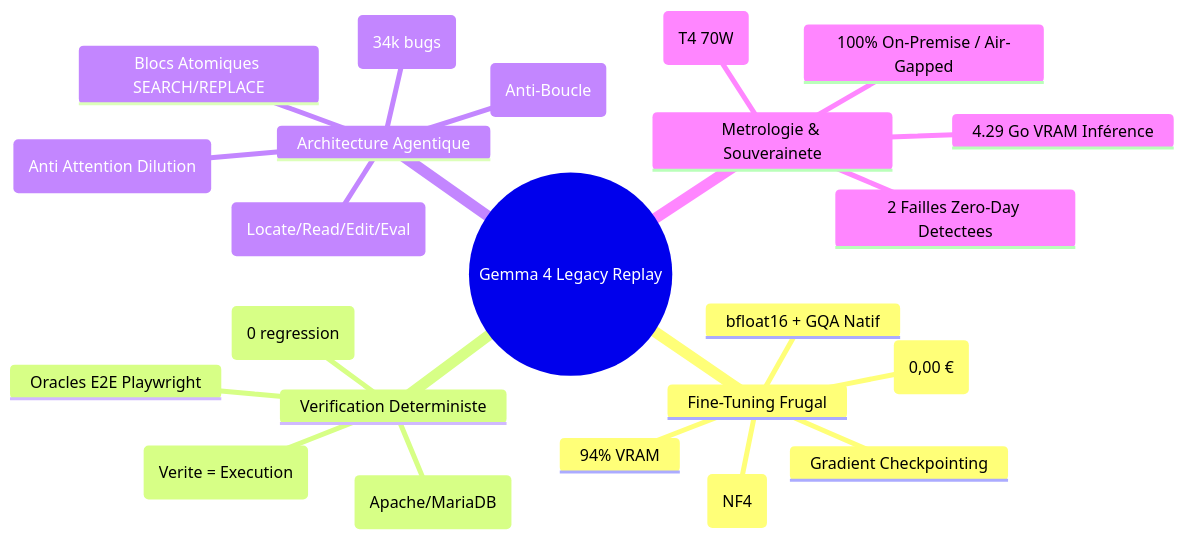
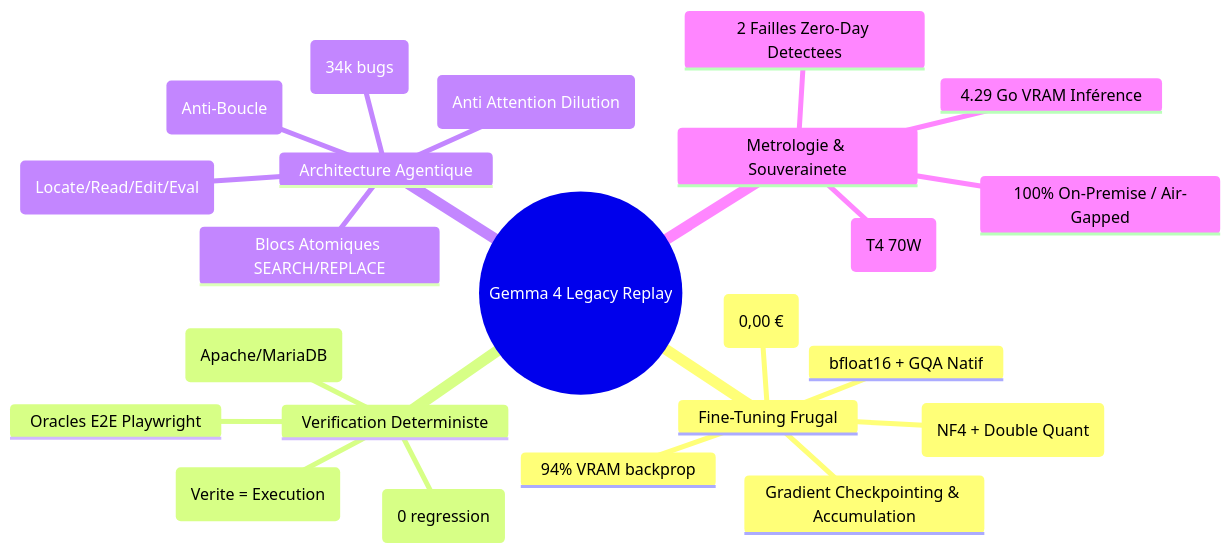
One commit to ba-rem26007/gemma4-legacy-replay changed the eighth of 8 diagrams in docs/GLOSSAIRE_LLM_ET_FINETUNING.md. Above: the diagram before and after it, drawn with Mermaid. The commit also changed other lines of this file, not shown here.

Commit message:
docs: enrich LLM glossary with 5 Mermaid architectural diagrams

````diff
--- a/docs/GLOSSAIRE_LLM_ET_FINETUNING.md
+++ b/docs/GLOSSAIRE_LLM_ET_FINETUNING.md
@@ -115,26 +255,26 @@
 ```mermaid
 mindmap
   root((Gemma 4 Legacy Replay))
     Fine-Tuning Frugal
-      PEFT / QLoRA 4-bit (NF4)
-      ChunkedLossTrainer (-94% VRAM)
-      Gradient Checkpointing
+      PEFT / QLoRA 4-bit (NF4 + Double Quant)
+      ChunkedLossTrainer (-94% VRAM backprop)
+      Gradient Checkpointing & Accumulation
       bfloat16 + GQA Natif
       FFT & Cloud API Rejetes (0,00 €)
     Verification Deterministe
       Bacs a sable Docker (Apache/MariaDB)
       Oracles E2E Playwright
       Sondes Smoke Anti-Regression (0 regression)
       RLHF Humain Rejete (Verite = Execution)
     Architecture Agentique
       Deroule Fixe 4 Tours (Locate/Read/Edit/Eval)
       Fenetrage TF-IDF (Anti Attention Dilution)
       Blocs Atomiques SEARCH/REPLACE
       RAG Jurisprudence BM25 (34k bugs)
       ReAct Non-Borne Rejete (Anti-Boucle)
     Metrologie & Souverainete
       1.91 Wh par bug (T4 70W)
       4.29 Go VRAM Inférence
       100% On-Premise / Air-Gapped
       2 Failles Zero-Day Detectees
 ```
````
